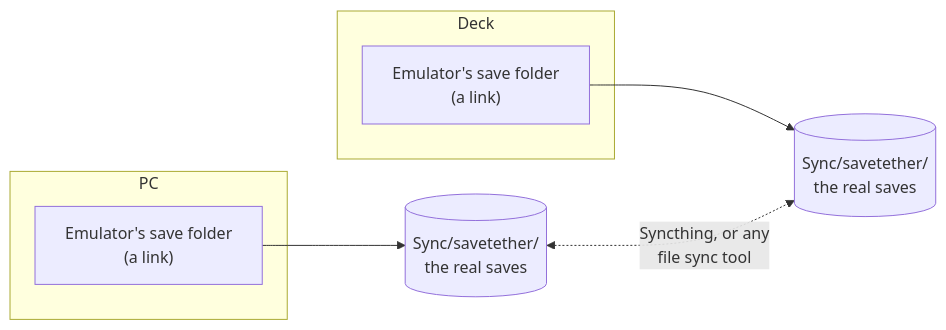
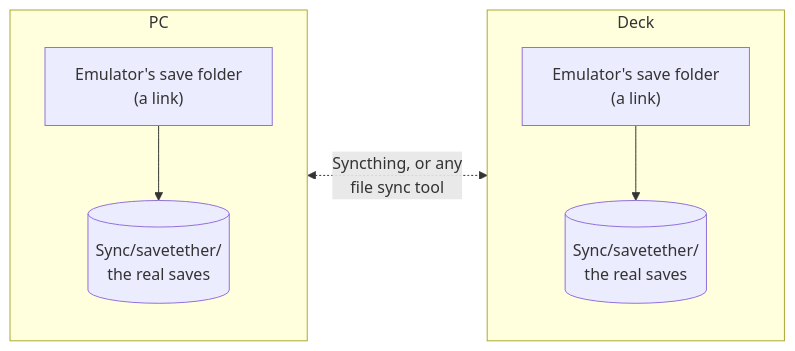
The diagram in README.md (carlocgc/SaveTether), drawn with Mermaid before and after one commit.

Commit message:
Draw each machine's synced folder inside that machine
The synced folder is a local copy on each device that the sync tool
keeps in step; outside the boxes it read like a shared network folder.

````diff
--- a/README.md
+++ b/README.md
@@ -23,12 +23,12 @@
 ```mermaid
 flowchart LR
   subgraph PC
-    A["Emulator's save folder<br/>(a link)"]
+    direction TB
+    A["Emulator's save folder<br/>(a link)"] --> S1[("Sync/savetether/<br/>the real saves")]
   end
   subgraph Deck
-    B["Emulator's save folder<br/>(a link)"]
+    direction TB
+    B["Emulator's save folder<br/>(a link)"] --> S2[("Sync/savetether/<br/>the real saves")]
   end
-  A --> S1[("Sync/savetether/<br/>the real saves")]
-  B --> S2[("Sync/savetether/<br/>the real saves")]
   S1 <-. "Syncthing, or any<br/>file sync tool" .-> S2
 ```
````
